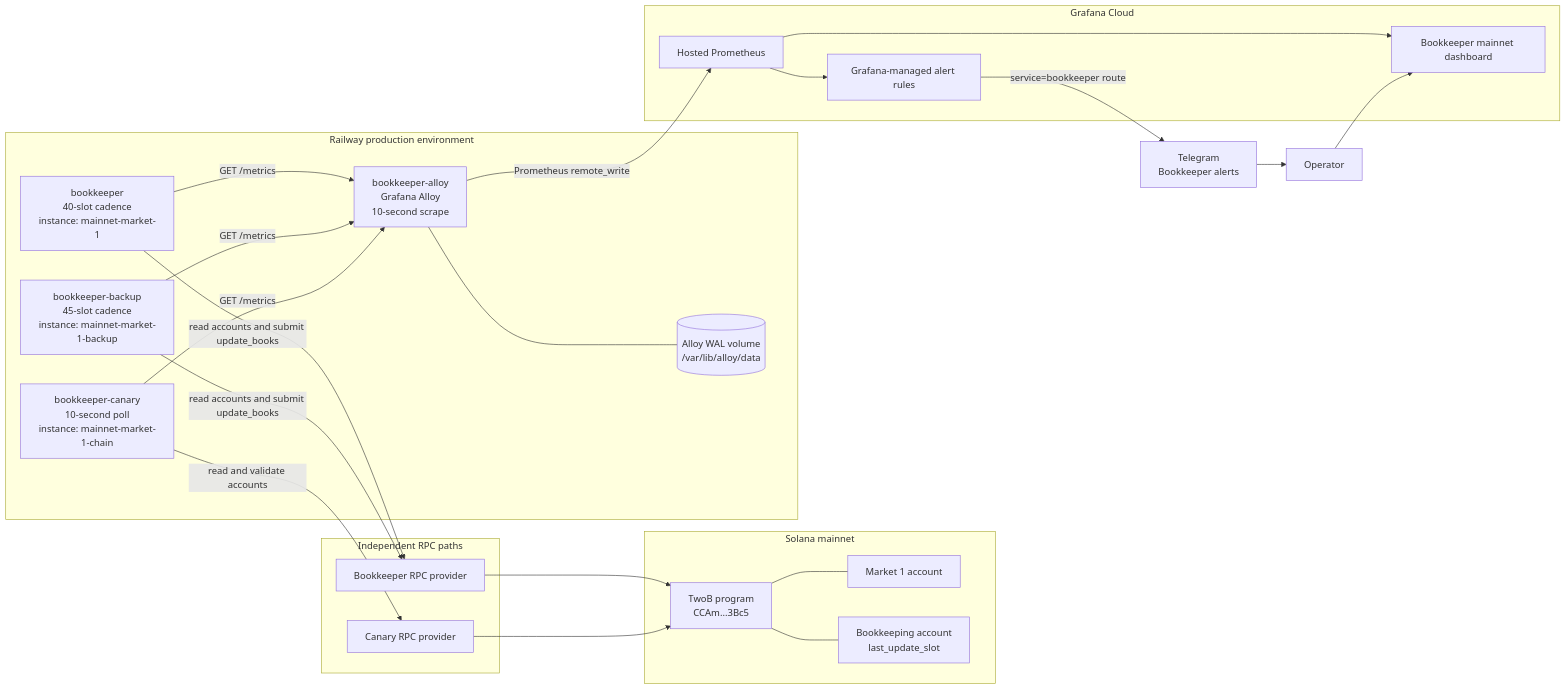
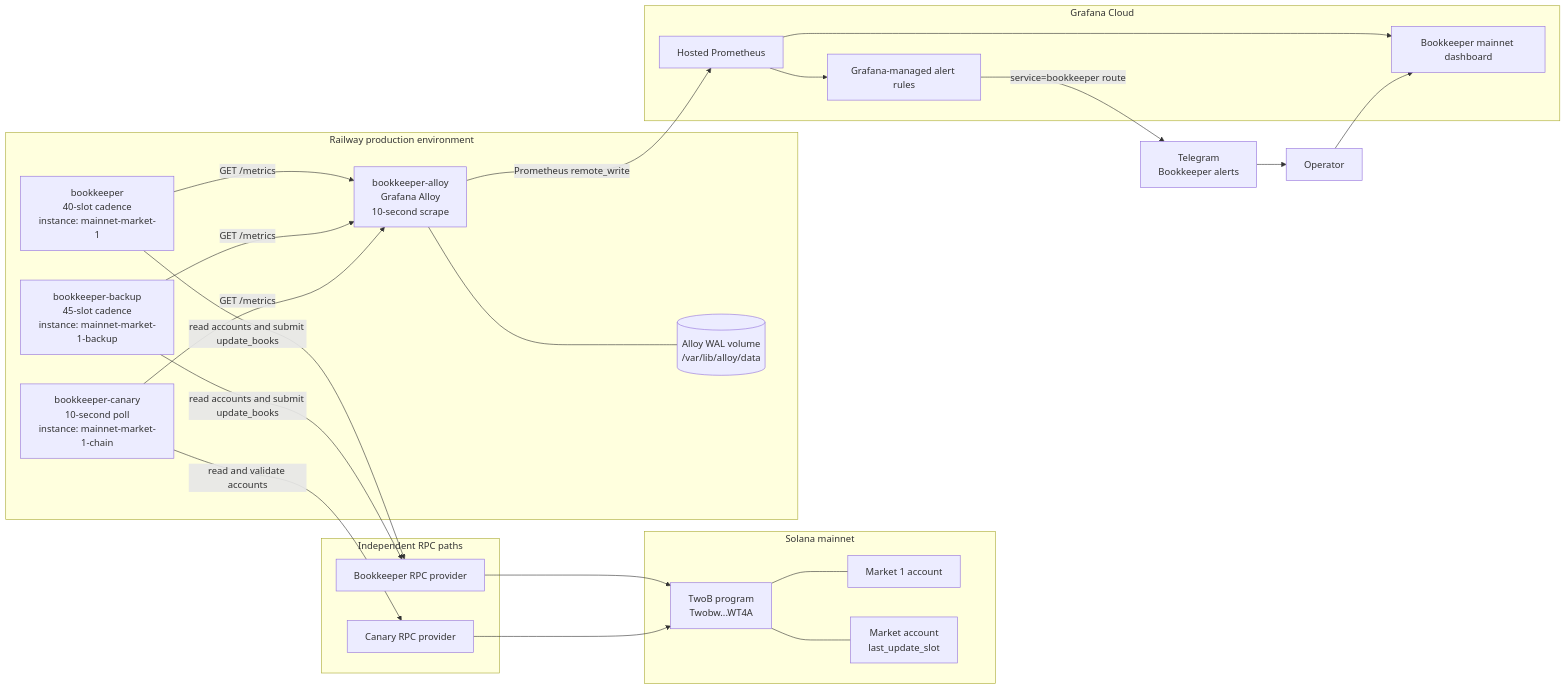
Before and after one commit to nightshade-labs/twob-keepers: the first of 3 diagrams in docs/bookkeeping-service-architecture.md, drawn with Mermaid. The commit also changed other lines of this file and 25 other files, not shown here.

````diff
--- a/docs/bookkeeping-service-architecture.md
+++ b/docs/bookkeeping-service-architecture.md
@@ -19,51 +19,51 @@
 ```mermaid
 flowchart LR
     operator["Operator"]
     telegram["Telegram<br/>Bookkeeper alerts"]
 
     subgraph solana["Solana mainnet"]
-        program["TwoB program<br/>CCAm...3Bc5"]
+        program["TwoB program<br/>Twobw...WT4A"]
         market["Market 1 account"]
-        bookkeeping["Bookkeeping account<br/>last_update_slot"]
+        bookkeeping["Market account<br/>last_update_slot"]
         program --- market
         program --- bookkeeping
     end
 
     subgraph providers["Independent RPC paths"]
         workerRpc["Bookkeeper RPC provider"]
         canaryRpc["Canary RPC provider"]
     end
 
     subgraph railway["Railway production environment"]
         primary["bookkeeper<br/>40-slot cadence<br/>instance: mainnet-market-1"]
         backup["bookkeeper-backup<br/>45-slot cadence<br/>instance: mainnet-market-1-backup"]
         canary["bookkeeper-canary<br/>10-second poll<br/>instance: mainnet-market-1-chain"]
         alloy["bookkeeper-alloy<br/>Grafana Alloy<br/>10-second scrape"]
         volume[("Alloy WAL volume<br/>/var/lib/alloy/data")]
 
         primary -->|"GET /metrics"| alloy
         backup -->|"GET /metrics"| alloy
         canary -->|"GET /metrics"| alloy
         alloy --- volume
     end
 
     primary -->|"read accounts and submit update_books"| workerRpc
     backup -->|"read accounts and submit update_books"| workerRpc
     workerRpc --> program
 
     canary -->|"read and validate accounts"| canaryRpc
     canaryRpc --> program
 
     subgraph cloud["Grafana Cloud"]
         prometheus["Hosted Prometheus"]
         dashboard["Bookkeeper mainnet dashboard"]
         alerts["Grafana-managed alert rules"]
         prometheus --> dashboard
         prometheus --> alerts
     end
 
     alloy -->|"Prometheus remote_write"| prometheus
     alerts -->|"service=bookkeeper route"| telegram
     operator --> dashboard
     telegram --> operator
 ```
````
